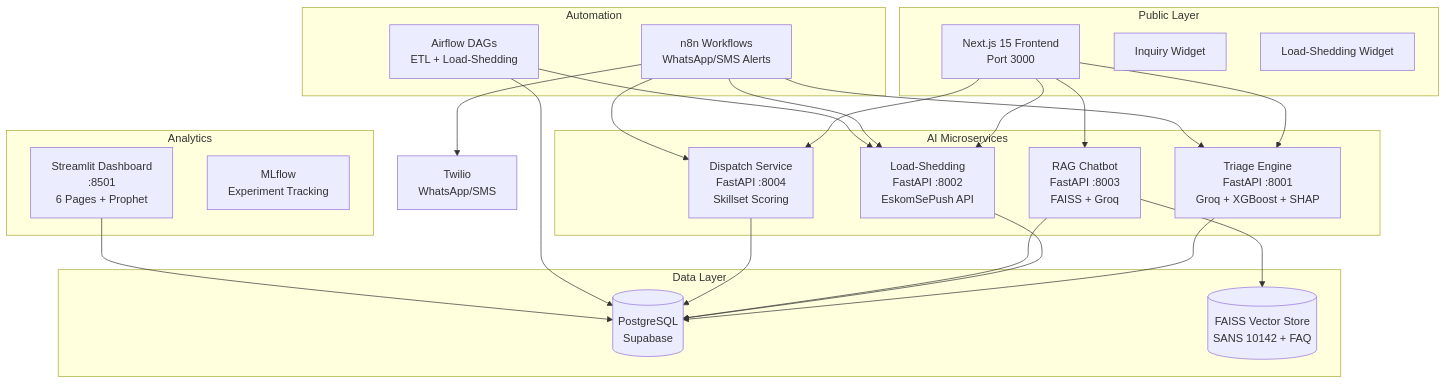
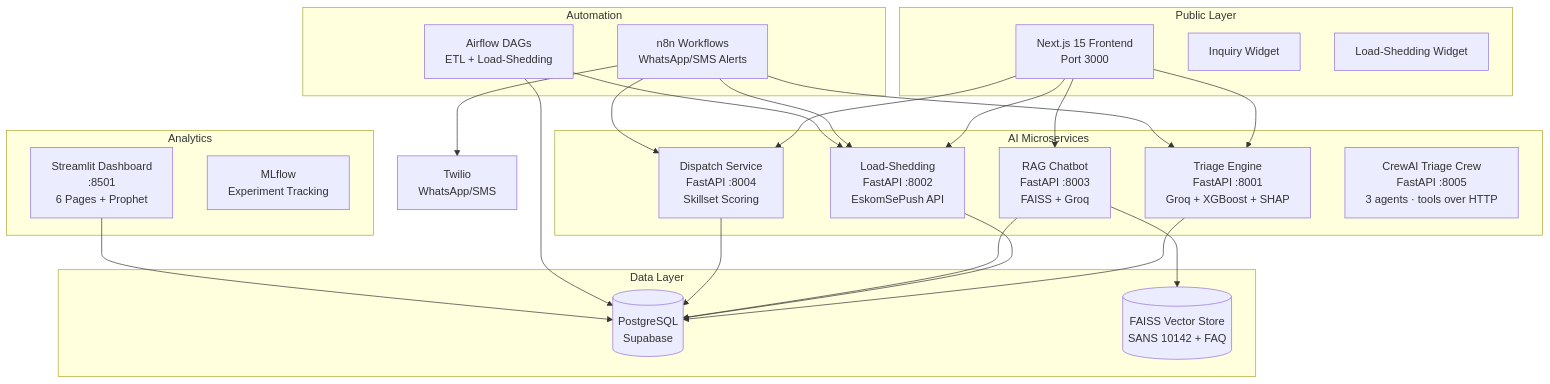
Before and after one commit to machetheDM/rams-elec-intelligence-platform-deployment: the diagram in README.md, drawn with Mermaid. The commit also changed other lines of this file and 17 other files, not shown here.

````diff
--- a/README.md
+++ b/README.md
@@ -15,47 +15,48 @@
 ```mermaid
 graph TB
     subgraph "Public Layer"
         FE[Next.js 15 Frontend<br/>Port 3000]
         IW[Inquiry Widget]
         LW[Load-Shedding Widget]
     end
 
     subgraph "AI Microservices"
         TR[Triage Engine<br/>FastAPI :8001<br/>Groq + XGBoost + SHAP]
         LS[Load-Shedding<br/>FastAPI :8002<br/>EskomSePush API]
         CB[RAG Chatbot<br/>FastAPI :8003<br/>FAISS + Groq]
         DP[Dispatch Service<br/>FastAPI :8004<br/>Skillset Scoring]
+        CR[CrewAI Triage Crew<br/>FastAPI :8005<br/>3 agents · tools over HTTP]
     end
 
     subgraph "Data Layer"
         PG[(PostgreSQL<br/>Supabase)]
         FAISS[(FAISS Vector Store<br/>SANS 10142 + FAQ)]
     end
 
     subgraph "Automation"
         N8N[n8n Workflows<br/>WhatsApp/SMS Alerts]
         AF[Airflow DAGs<br/>ETL + Load-Shedding]
     end
 
     subgraph "Analytics"
         ST[Streamlit Dashboard<br/>:8501<br/>6 Pages + Prophet]
         ML[MLflow<br/>Experiment Tracking]
     end
 
     FE --> TR
     FE --> LS
     FE --> CB
     FE --> DP
     TR --> PG
     LS --> PG
     CB --> PG
     CB --> FAISS
     DP --> PG
     N8N --> TR
     N8N --> LS
     N8N --> DP
     N8N --> TW[Twilio<br/>WhatsApp/SMS]
     AF --> PG
     AF --> LS
     ST --> PG
 ```
````
